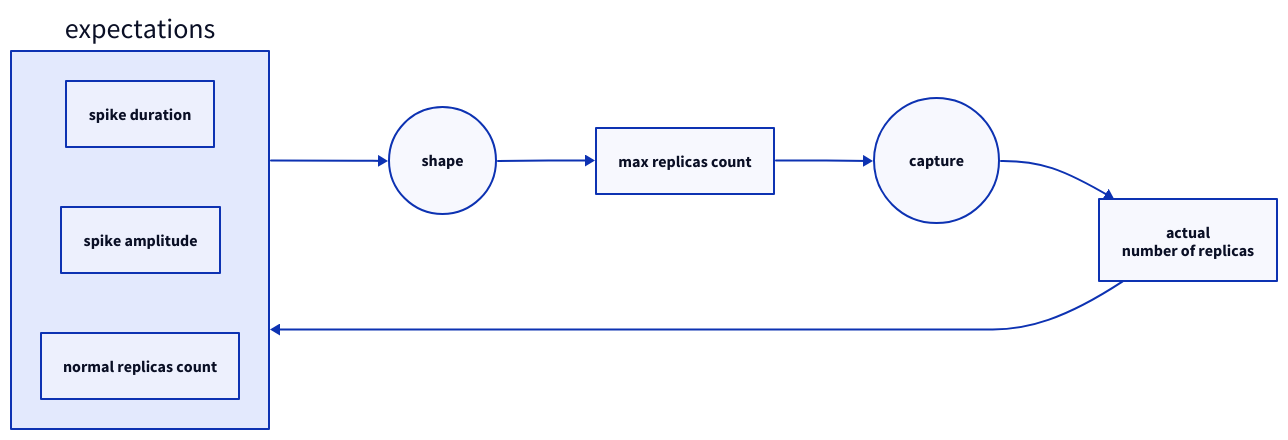
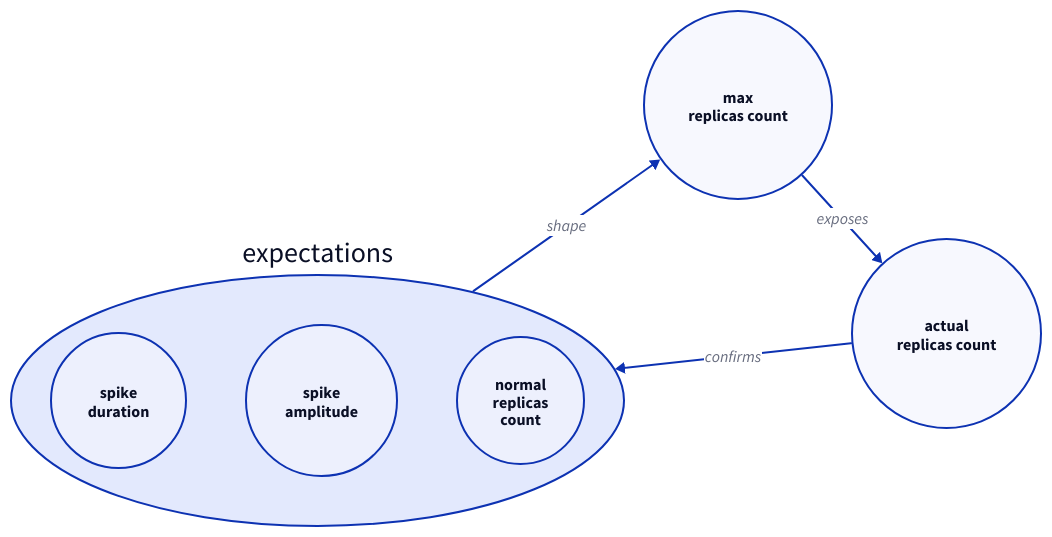
Before and after one commit to roman-mazur/poll: the diagram in present/edd/edd-loadtest.d2, drawn with D2. The commit also changed 4 other files, not shown here.

```diff
--- a/present/edd/edd-loadtest.d2
+++ b/present/edd/edd-loadtest.d2
@@ -1,30 +1,31 @@
 direction: right
 
 expectations: {
-    ds1: spike duration
-    ds2: spike amplitude
-    ds3: normal replicas count
+    ds1: spike\nduration
+    ds1.shape: circle
+    ds2: spike\namplitude
+    ds2.shape: circle
+    ds3: normal\nreplicas\ncount
+    ds3.shape: circle
+
+    near: bottom-left
+    shape: oval
 }
 
-compose: shape
-compose: {
+expectations -> deployment: shape
+
+deployment: max\nreplicas count
+deployment: {
+    near: top-center
     shape: circle
 }
 
-out1: max replicas count
+deployment -> metric: exposes
 
-expectations -> compose
-
-compose -> out1
-
-capture: {
+metric: actual\nreplicas count
+metric: {
+    near: bottom-right
     shape: circle
 }
 
-out1->capture
-
-metric1: actual\nnumber of replicas
-
-capture->metric1
-
-metric1 -> expectations
+metric -> expectations: confirms
```
